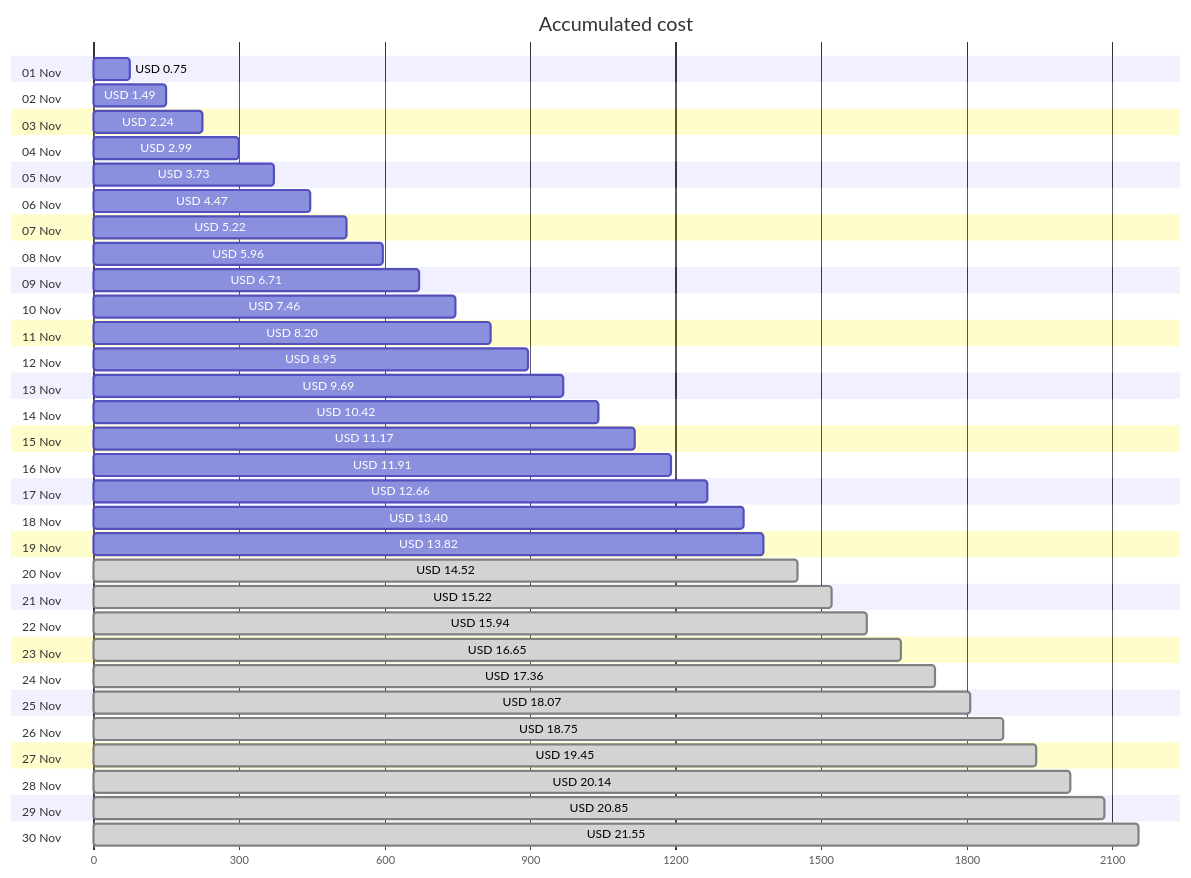
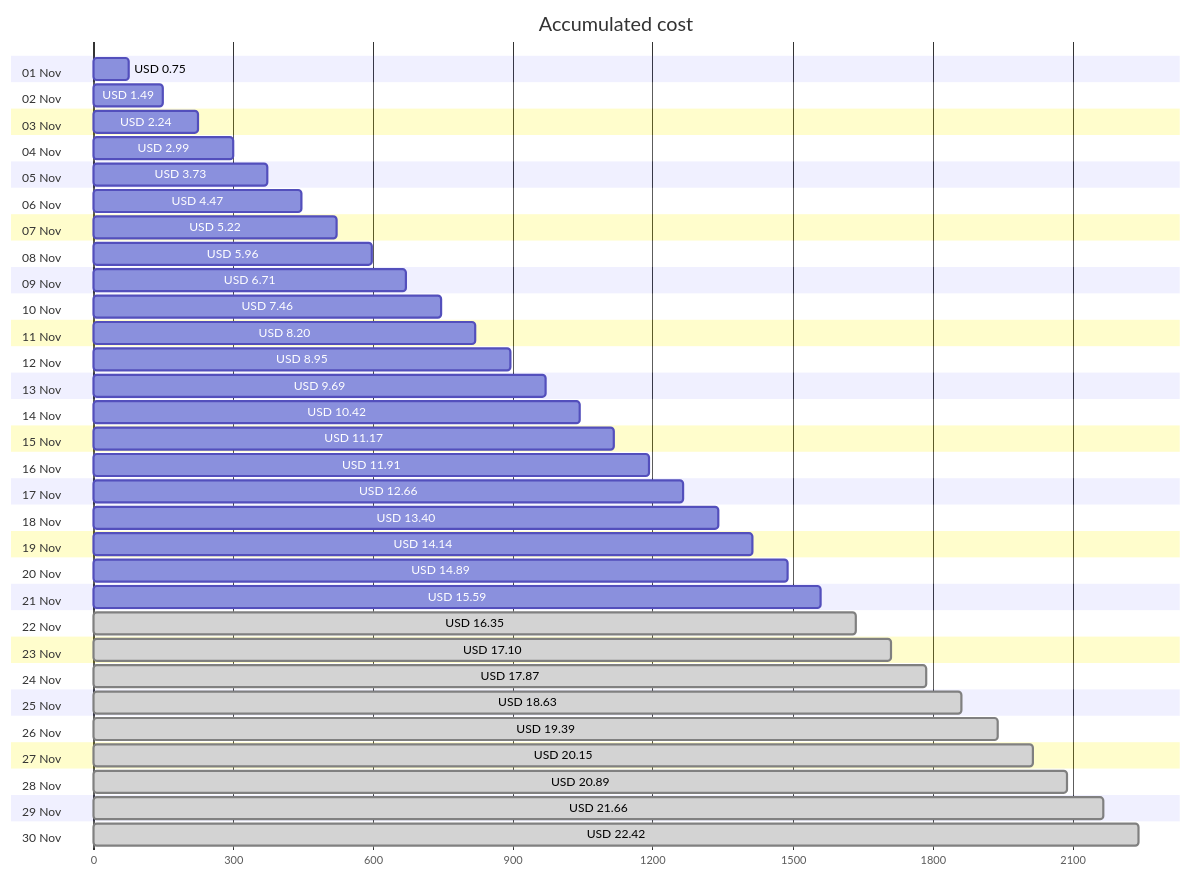
Before and after one commit to jpfulton/azure-personal-reports: the first of 4 diagrams in cost-reports/personal-network/backup-server-data-disk.md, drawn with Mermaid. The commit also changed other lines of this file and 8 other files, not shown here.

````diff
--- a/cost-reports/personal-network/backup-server-data-disk.md
+++ b/cost-reports/personal-network/backup-server-data-disk.md
@@ -20,66 +20,66 @@
 ```mermaid
 gantt
    title Accumulated cost
    dateFormat  X
    axisFormat %s
    section 01 Nov
    USD 0.75 :0, 75
    section 02 Nov
    USD 1.49 :0, 149
    section 03 Nov
    USD 2.24 :0, 224
    section 04 Nov
    USD 2.99 :0, 299
    section 05 Nov
    USD 3.73 :0, 373
    section 06 Nov
    USD 4.47 :0, 447
    section 07 Nov
    USD 5.22 :0, 522
    section 08 Nov
    USD 5.96 :0, 596
    section 09 Nov
    USD 6.71 :0, 671
    section 10 Nov
    USD 7.46 :0, 746
    section 11 Nov
    USD 8.20 :0, 820
    section 12 Nov
    USD 8.95 :0, 895
    section 13 Nov
    USD 9.69 :0, 969
    section 14 Nov
    USD 10.42 :0, 1042
    section 15 Nov
    USD 11.17 :0, 1117
    section 16 Nov
    USD 11.91 :0, 1191
    section 17 Nov
    USD 12.66 :0, 1266
    section 18 Nov
    USD 13.40 :0, 1340
    section 19 Nov
-   USD 13.82 :0, 1382
+   USD 14.14 :0, 1414
    section 20 Nov
-   USD 14.52 : done, 0, 1452
+   USD 14.89 :0, 1489
    section 21 Nov
-   USD 15.22 : done, 0, 1522
+   USD 15.59 :0, 1559
    section 22 Nov
-   USD 15.94 : done, 0, 1594
+   USD 16.35 : done, 0, 1635
    section 23 Nov
-   USD 16.65 : done, 0, 1665
+   USD 17.10 : done, 0, 1710
    section 24 Nov
-   USD 17.36 : done, 0, 1736
+   USD 17.87 : done, 0, 1787
    section 25 Nov
-   USD 18.07 : done, 0, 1807
+   USD 18.63 : done, 0, 1863
    section 26 Nov
-   USD 18.75 : done, 0, 1875
+   USD 19.39 : done, 0, 1939
    section 27 Nov
-   USD 19.45 : done, 0, 1945
+   USD 20.15 : done, 0, 2015
    section 28 Nov
-   USD 20.14 : done, 0, 2014
+   USD 20.89 : done, 0, 2089
    section 29 Nov
-   USD 20.85 : done, 0, 2085
+   USD 21.66 : done, 0, 2166
    section 30 Nov
-   USD 21.55 : done, 0, 2155
+   USD 22.42 : done, 0, 2242
 ```
````
